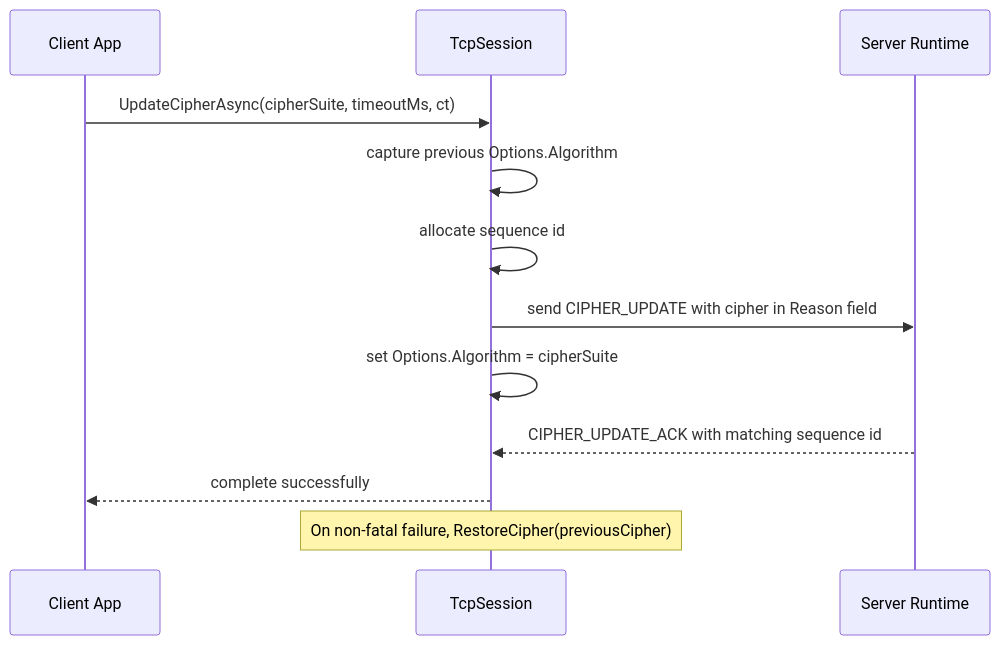
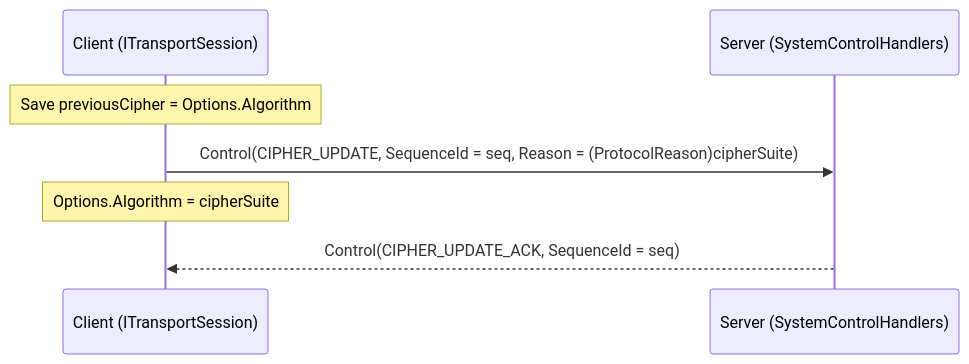
One commit to ppn-systems/nalix-docs changed the first of 2 diagrams in src/content/docs/en-us/api/sdk/cipher-extensions.md. Above: the diagram before and after it, drawn with Mermaid. The commit also changed other lines of this file and 180 other files, not shown here.

````diff
--- a/src/content/docs/en-us/api/sdk/cipher-extensions.md
+++ b/src/content/docs/en-us/api/sdk/cipher-extensions.md
@@ -16,15 +47,10 @@
 ```mermaid
 sequenceDiagram
-    participant App as Client App
-    participant T as TcpSession
-    participant Server as Server Runtime
+    participant C as Client (ITransportSession)
+    participant S as Server (SystemControlHandlers)
 
-    App->>T: UpdateCipherAsync(cipherSuite, timeoutMs, ct)
-    T->>T: capture previous Options.Algorithm
-    T->>T: allocate sequence id
-    T->>Server: send CIPHER_UPDATE with cipher in Reason field
-    T->>T: set Options.Algorithm = cipherSuite
-    Server-->>T: CIPHER_UPDATE_ACK with matching sequence id
-    T-->>App: complete successfully
-    Note over T: On non-fatal failure, RestoreCipher(previousCipher)
+    Note over C: Save previousCipher = Options.Algorithm
+    C->>S: Control(CIPHER_UPDATE, SequenceId = seq, Reason = (ProtocolReason)cipherSuite)
+    Note over C: Options.Algorithm = cipherSuite
+    S-->>C: Control(CIPHER_UPDATE_ACK, SequenceId = seq)
 ```
````
